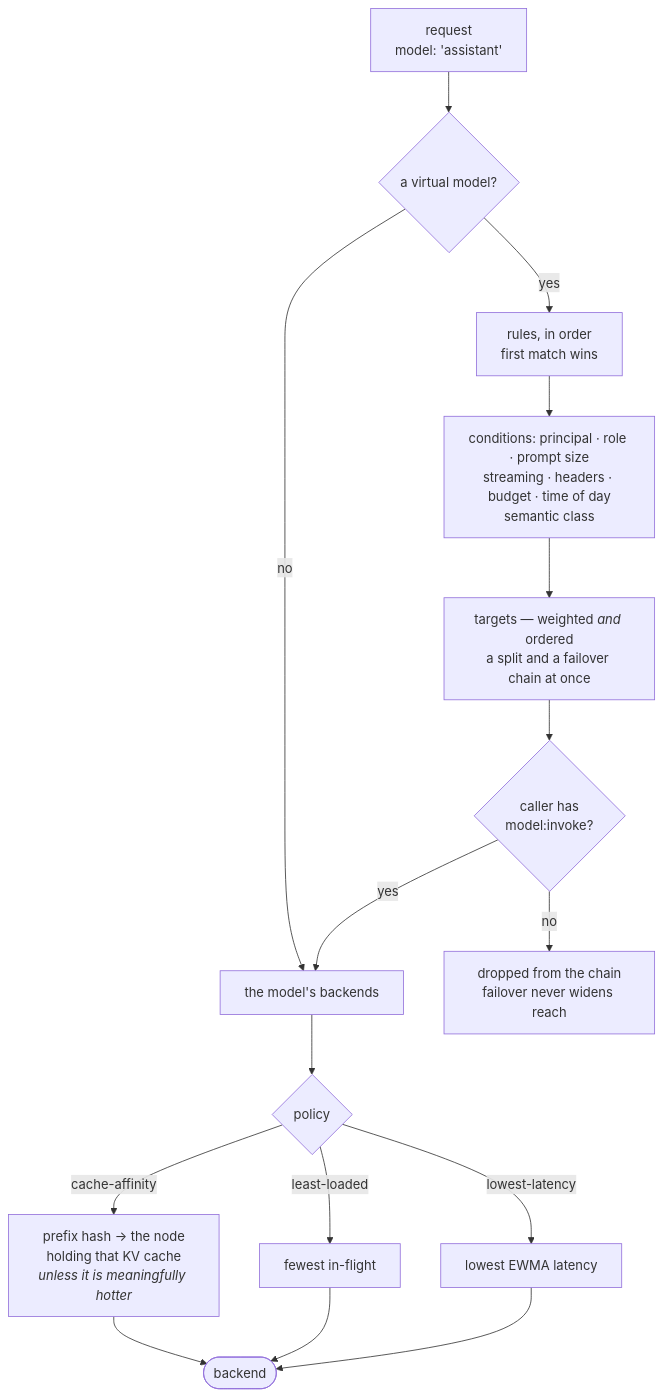
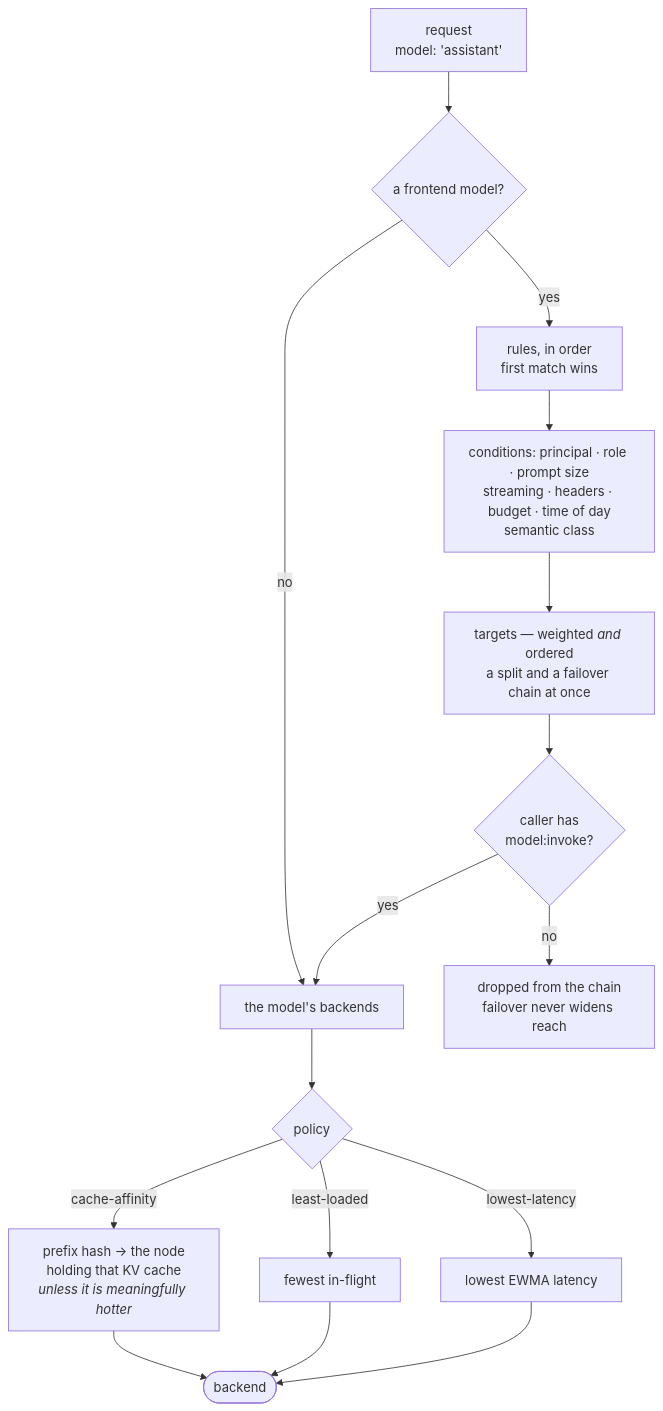
Before and after one commit to azrtydxb/Fastllm-proxy: the diagram in docs/features.md, drawn with Mermaid. The commit also changed other lines of this file and 21 other files, not shown here.

````diff
--- a/docs/features.md
+++ b/docs/features.md
@@ -74,18 +79,18 @@
 ```mermaid
 flowchart TD
-    R["request<br/>model: 'assistant'"] --> V{"a virtual model?"}
+    R["request<br/>model: 'assistant'"] --> V{"a frontend model?"}
     V -->|no| POOL
     V -->|yes| RULES["rules, in order<br/>first match wins"]
     RULES --> CND["conditions: principal · role · prompt size<br/>streaming · headers · budget · time of day<br/>semantic class"]
     CND --> T["targets — weighted <i>and</i> ordered<br/>a split and a failover chain at once"]
     T --> GRANT{"caller has<br/>model:invoke?"}
     GRANT -->|no| DROP["dropped from the chain<br/>failover never widens reach"]
     GRANT -->|yes| POOL["the model's backends"]
     POOL --> POL{"policy"}
     POL -->|cache-affinity| AFF["prefix hash → the node<br/>holding that KV cache<br/><i>unless it is meaningfully hotter</i>"]
     POL -->|least-loaded| LL["fewest in-flight"]
     POL -->|lowest-latency| LAT["lowest EWMA latency"]
     AFF --> B([backend])
     LL --> B
     LAT --> B
 ```
````
